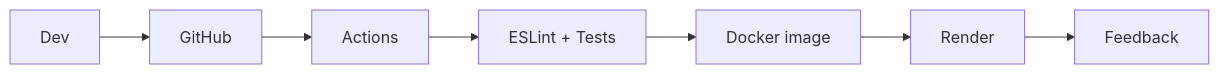
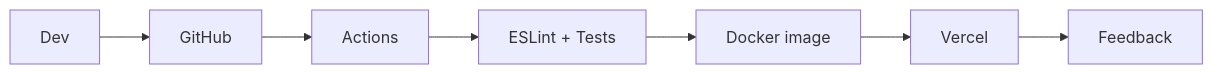
Before and after one commit to Ivocettour/ci-cd-demo: the diagram in docs/slide-contenido.md, drawn with Mermaid. The commit also changed other lines of this file and 6 other files, not shown here.

````diff
--- a/docs/slide-contenido.md
+++ b/docs/slide-contenido.md
@@ -20,9 +20,9 @@
 ```mermaid
 flowchart LR
   Dev["Dev"] --> Repo["GitHub"]
   Repo --> CI["Actions"]
   CI --> QA["ESLint + Tests"]
   QA --> Img["Docker image"]
-  Img --> Render["Render"]
-  Render --> FB["Feedback"]
+  Img --> Vercel["Vercel"]
+  Vercel --> FB["Feedback"]
 ```
````
